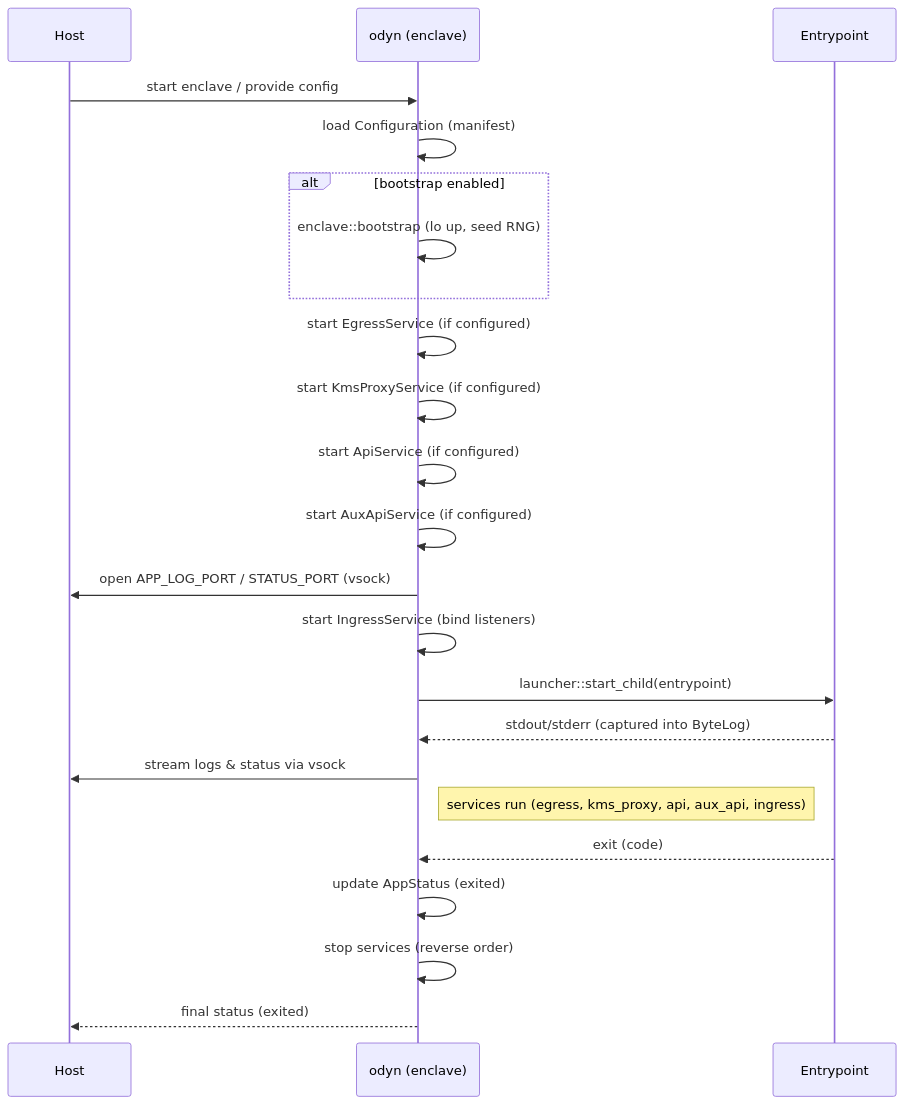
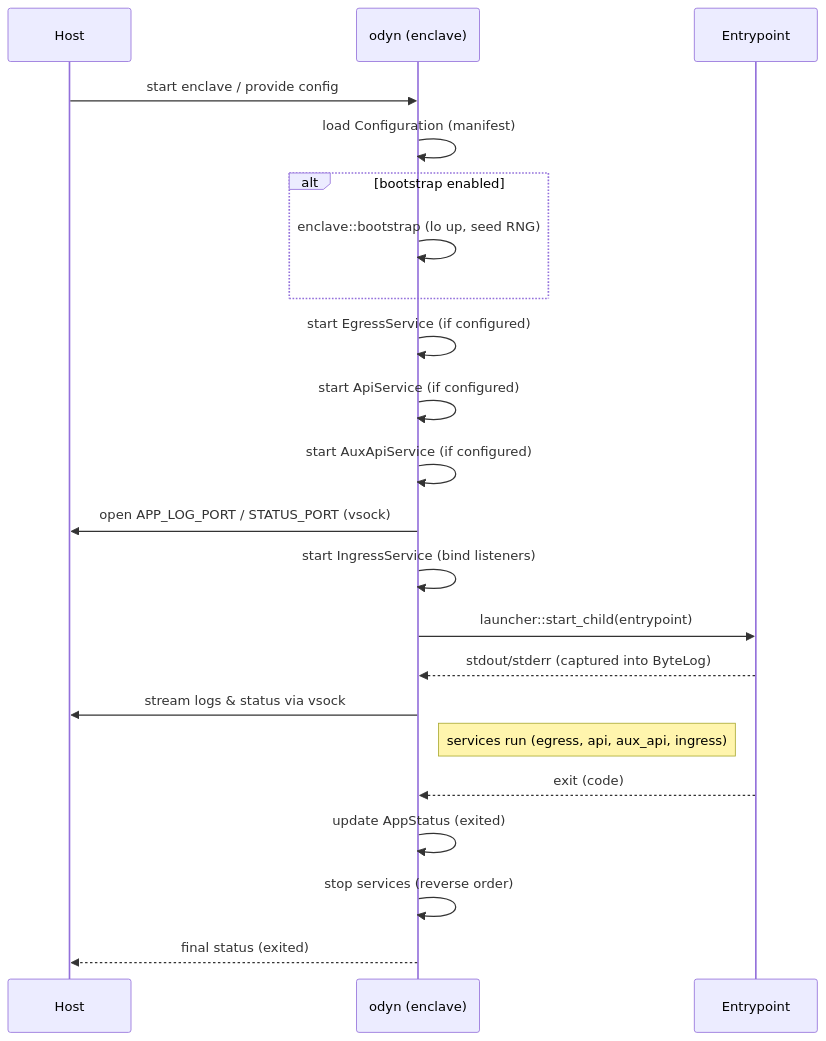
Before and after one commit to enclaver-io/enclaver: the diagram in docs/odyn_details.md, drawn with Mermaid. The commit also changed other lines of this file and 22 other files, not shown here.

Commit message:
remove kms-proxy, keep nova-kms only

````diff
--- a/docs/odyn_details.md
+++ b/docs/odyn_details.md
@@ -405,26 +383,25 @@
 ```mermaid
 sequenceDiagram
   participant Host
   participant Odyn as odyn (enclave)
   participant Entrypoint
 
   Host->>Odyn: start enclave / provide config
   Odyn->>Odyn: load Configuration (manifest)
   alt bootstrap enabled
     Odyn->>Odyn: enclave::bootstrap (lo up, seed RNG)
   end
   Odyn->>Odyn: start EgressService (if configured)
-  Odyn->>Odyn: start KmsProxyService (if configured)
   Odyn->>Odyn: start ApiService (if configured)
   Odyn->>Odyn: start AuxApiService (if configured)
   Odyn->>Host: open APP_LOG_PORT / STATUS_PORT (vsock)
   Odyn->>Odyn: start IngressService (bind listeners)
   Odyn->>Entrypoint: launcher::start_child(entrypoint)
   Entrypoint-->>Odyn: stdout/stderr (captured into ByteLog)
   Odyn->>Host: stream logs & status via vsock
-  note right of Odyn: services run (egress, kms_proxy, api, aux_api, ingress)
+  note right of Odyn: services run (egress, api, aux_api, ingress)
   Entrypoint-->>Odyn: exit (code)
   Odyn->>Odyn: update AppStatus (exited)
   Odyn->>Odyn: stop services (reverse order)
   Odyn-->>Host: final status (exited)
 ```
````
